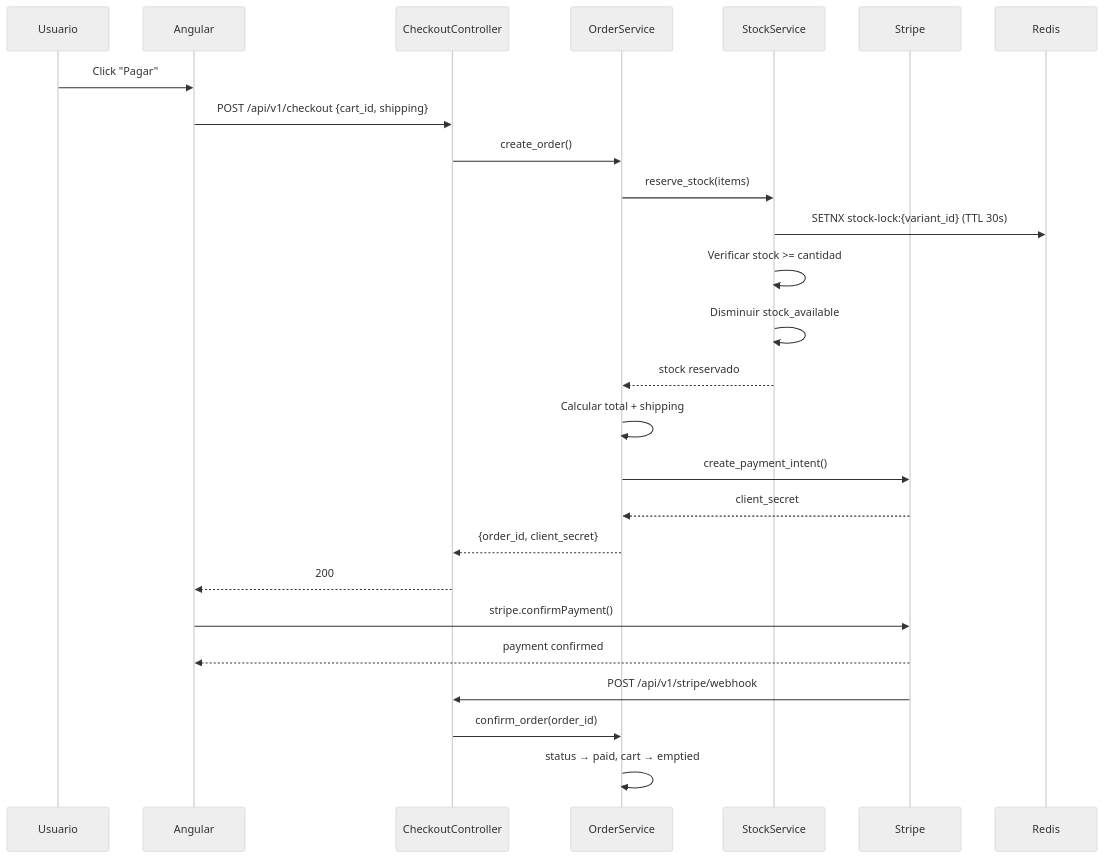
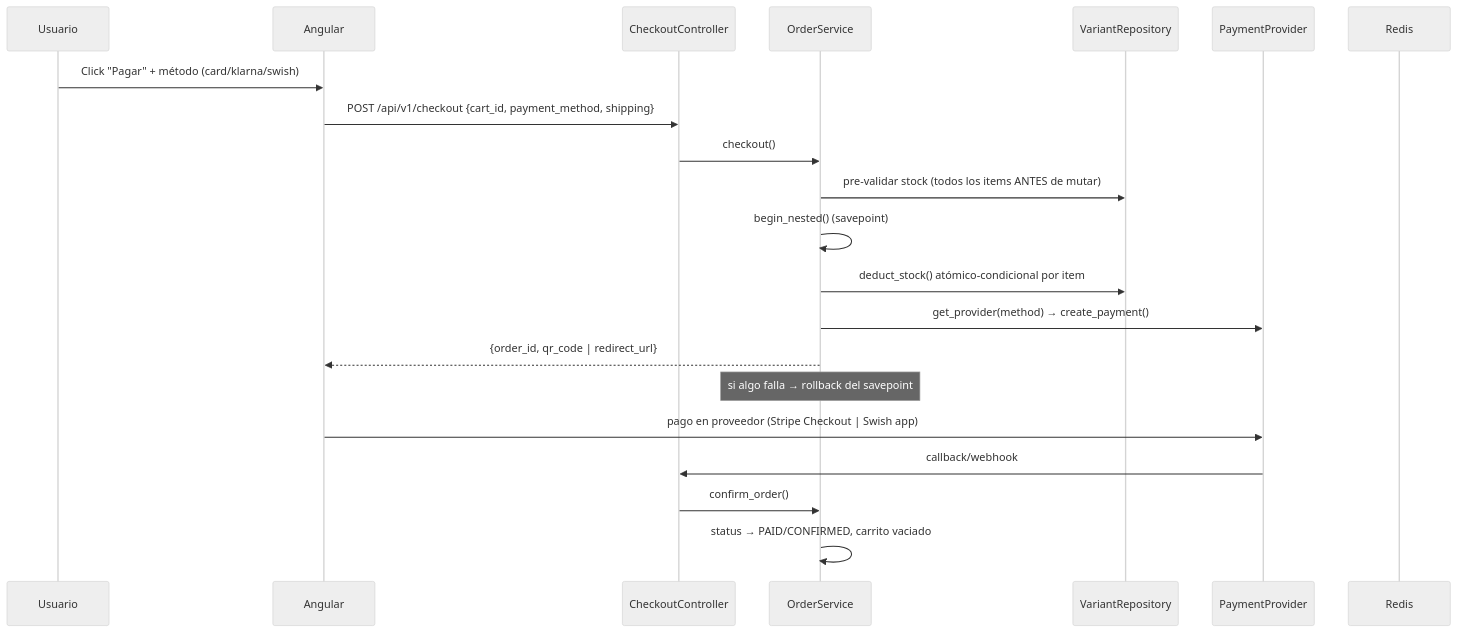
The fifth of 6 diagrams in docs/study-guide/doc.md (AlejandroGML/la-tiendita), drawn with Mermaid (neutral theme) before and after one commit. The commit also changed other lines of this file and 10 other files, not shown here.

````diff
--- a/docs/study-guide/doc.md
+++ b/docs/study-guide/doc.md
@@ -227,29 +465,24 @@
 ```mermaid
 sequenceDiagram
     participant U as Usuario
     participant F as Angular
     participant C as CheckoutController
     participant O as OrderService
-    participant S as StockService
-    participant P as Stripe
+    participant V as VariantRepository
+    participant P as PaymentProvider
     participant R as Redis
 
-    U->>F: Click "Pagar"
-    F->>C: POST /api/v1/checkout {cart_id, shipping}
-    C->>O: create_order()
-    O->>S: reserve_stock(items)
-    S->>R: SETNX stock-lock:{variant_id} (TTL 30s)
-    S->>S: Verificar stock >= cantidad
-    S->>S: Disminuir stock_available
-    S-->>O: stock reservado
-    O->>O: Calcular total + shipping
-    O->>P: create_payment_intent()
-    P-->>O: client_secret
-    O-->>C: {order_id, client_secret}
-    C-->>F: 200
-    F->>P: stripe.confirmPayment()
-    P-->>F: payment confirmed
-    P->>C: POST /api/v1/stripe/webhook
-    C->>O: confirm_order(order_id)
-    O->>O: status → paid, cart → emptied
+    U->>F: Click "Pagar" + método (card/klarna/swish)
+    F->>C: POST /api/v1/checkout {cart_id, payment_method, shipping}
+    C->>O: checkout()
+    O->>V: pre-validar stock (todos los items ANTES de mutar)
+    O->>O: begin_nested() (savepoint)
+    O->>V: deduct_stock() atómico-condicional por item
+    O->>P: get_provider(method) → create_payment()
+    O-->>F: {order_id, qr_code | redirect_url}
+    Note over O: si algo falla → rollback del savepoint
+    F->>P: pago en proveedor (Stripe Checkout | Swish app)
+    P->>C: callback/webhook
+    C->>O: confirm_order()
+    O->>O: status → PAID/CONFIRMED, carrito vaciado
 ```
````
